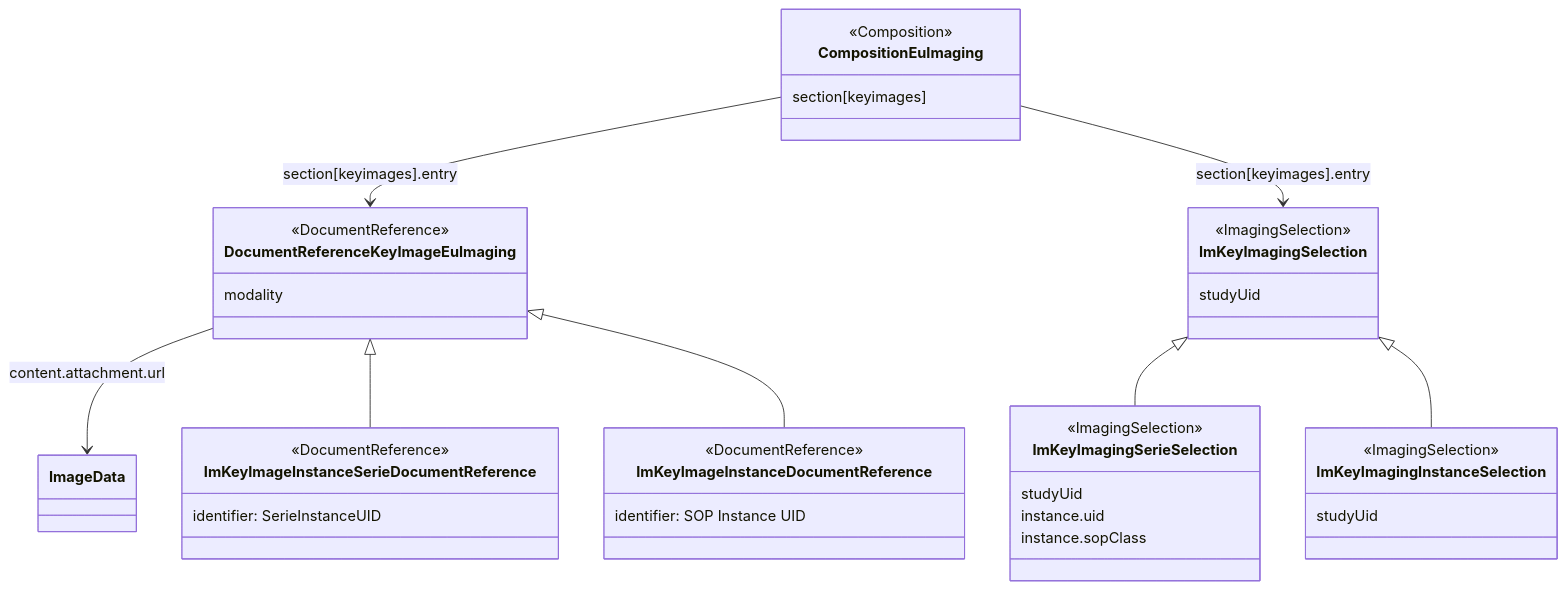
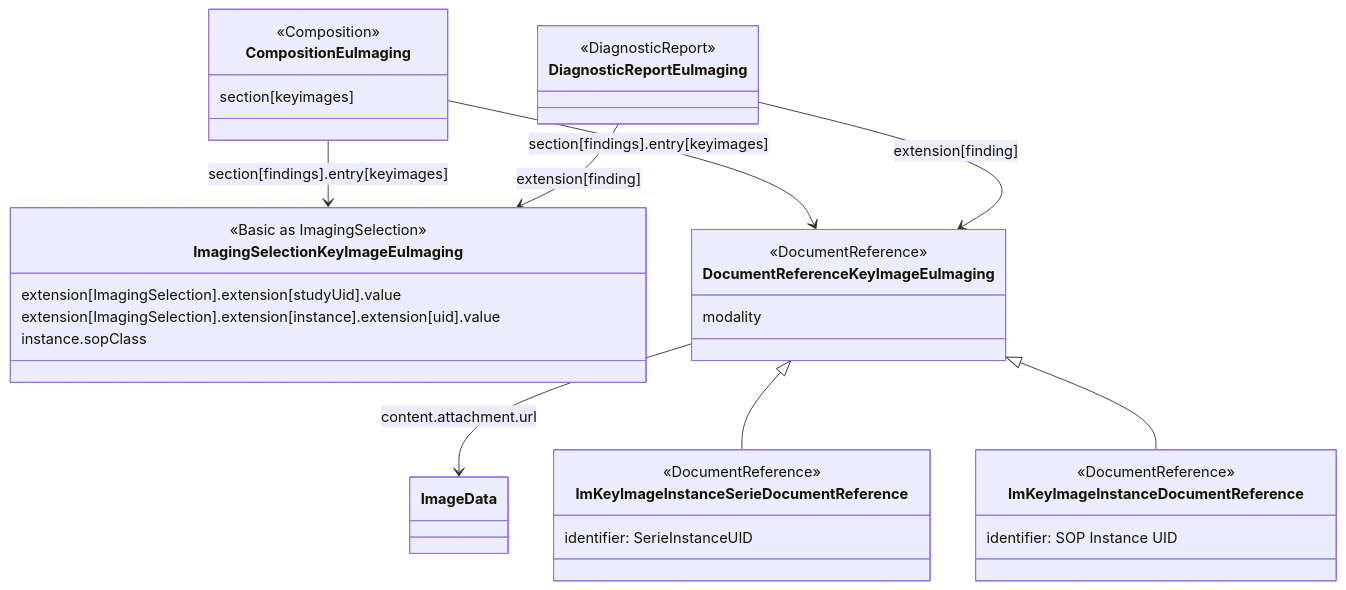
Before and after one commit to hl7-eu/imaging: the diagram in igs/imaging-r4/input/pagecontent/design-consideration-keyimages.md, drawn with Mermaid. The commit also changed other lines of this file and 27 other files, not shown here.

````diff
--- a/igs/imaging-r4/input/pagecontent/design-consideration-keyimages.md
+++ b/igs/imaging-r4/input/pagecontent/design-consideration-keyimages.md
@@ -30,43 +30,40 @@
 ```mermaid
 classDiagram
     direction TD
-    class ImKeyImagingSelection{ 
-        <<ImagingSelection>>
-        studyUid
-    }
-    class ImKeyImagingInstanceSelection{ 
-        <<ImagingSelection>>
-        studyUid
-    }
-    class ImKeyImagingSerieSelection{ 
-        <<ImagingSelection>>
-        studyUid
-        instance.uid
+
+
+    class ImagingSelectionKeyImageEuImaging{ 
+        <<Basic as ImagingSelection>>
+        extension[ImagingSelection].extension[studyUid].value
+        extension[ImagingSelection].extension[instance].extension[uid].value
         instance.sopClass
     }
+
     class DocumentReferenceKeyImageEuImaging{ 
         <<DocumentReference>> 
         modality
     }
     class ImKeyImageInstanceDocumentReference{ 
         <<DocumentReference>>
         identifier: SOP Instance UID
     }
     class ImKeyImageInstanceSerieDocumentReference{ 
         <<DocumentReference>>
         identifier: SerieInstanceUID
     }
     class CompositionEuImaging{ 
         <<Composition>>
         section[keyimages]
     }
-    CompositionEuImaging --> DocumentReferenceKeyImageEuImaging: section[keyimages].entry
-    CompositionEuImaging --> ImKeyImagingSelection: section[keyimages].entry
+    class DiagnosticReportEuImaging{
+        <<DiagnosticReport>>
+    }
+    CompositionEuImaging --> DocumentReferenceKeyImageEuImaging: section[findings].entry[keyimages]
+    CompositionEuImaging --> ImagingSelectionKeyImageEuImaging: section[findings].entry[keyimages]
+    DiagnosticReportEuImaging --> DocumentReferenceKeyImageEuImaging: extension[finding]
+    DiagnosticReportEuImaging --> ImagingSelectionKeyImageEuImaging: extension[finding]
 
     DocumentReferenceKeyImageEuImaging --> ImageData: content.attachment.url
     DocumentReferenceKeyImageEuImaging <|-- ImKeyImageInstanceSerieDocumentReference
     DocumentReferenceKeyImageEuImaging <|-- ImKeyImageInstanceDocumentReference
-    ImKeyImagingSelection <|-- ImKeyImagingSerieSelection
-    ImKeyImagingSelection <|-- ImKeyImagingInstanceSelection
-    
 ```
````
